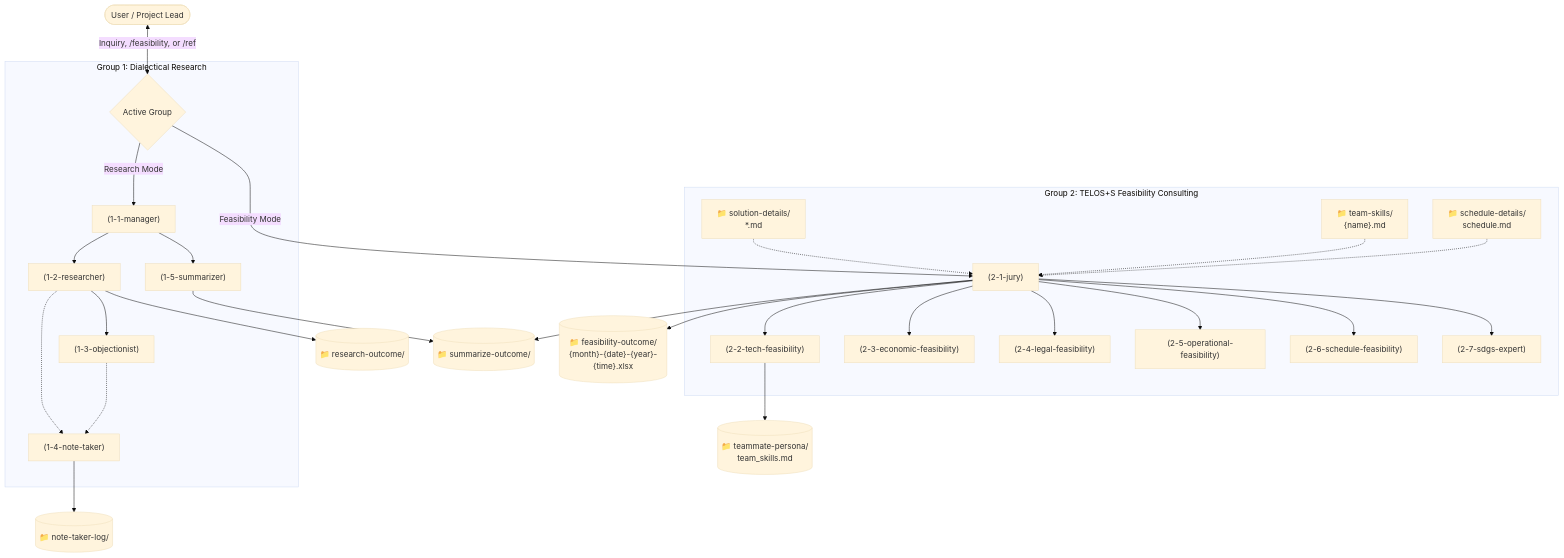
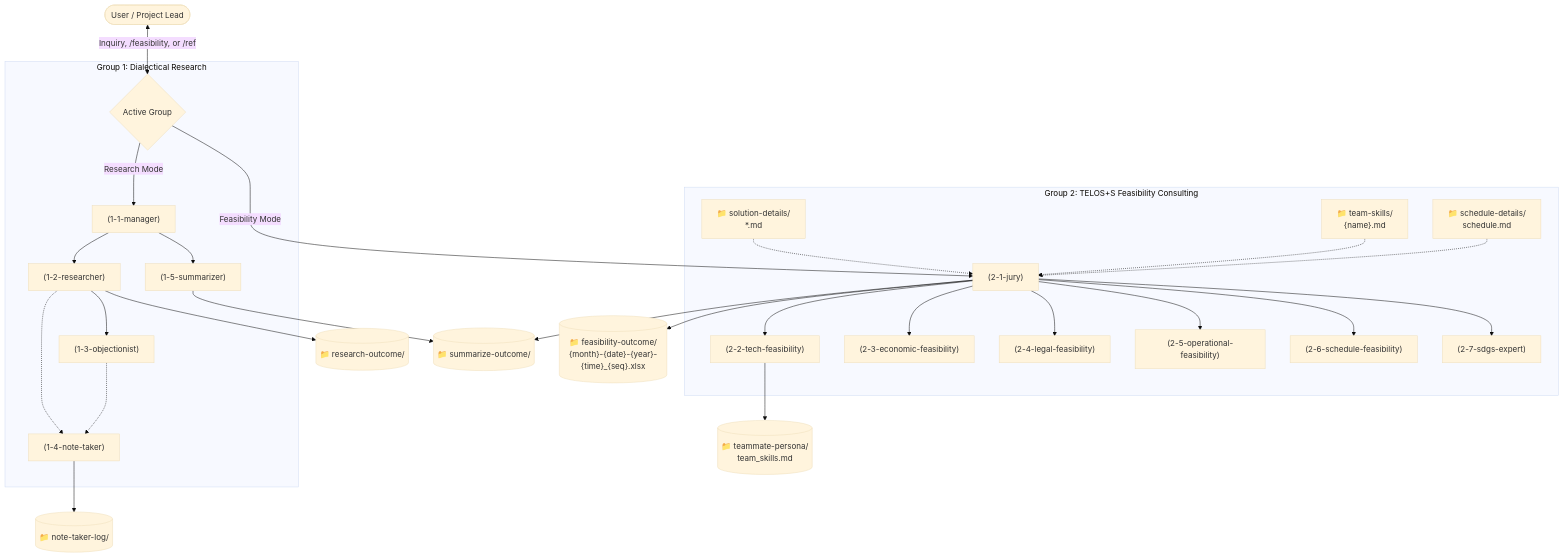
The diagram in README.md (thuxrife/FRA362-custom-research-ai-agent-cli), drawn with Mermaid (base theme) before and after one commit. The commit also changed other lines of this file and 11 other files, not shown here.

````diff
--- a/README.md
+++ b/README.md
@@ -11,31 +11,31 @@
 ```mermaid
 flowchart TD
     User([User / Project Lead]) <-->|Inquiry, /feasibility, or /ref| Lead{Active Group}
     
     subgraph Group 1: Dialectical Research
         Lead -->|Research Mode| M["(1-1-manager)"]
         M --> R["(1-2-researcher)"]
         R --> O["(1-3-objectionist)"]
         R & O -.-> NT["(1-4-note-taker)"]
         M --> S["(1-5-summarizer)"]
     end
     
     subgraph Group 2: TELOS+S Feasibility Consulting
         In1["📁 solution-details/<br>*.md"] -.-> J["(2-1-jury)"]
         In2["📁 team-skills/<br>{name}.md"] -.-> J
         In3["📁 schedule-details/<br>schedule.md"] -.-> J
         Lead -->|Feasibility Mode| J
         J --> T["(2-2-tech-feasibility)"]
         J --> E["(2-3-economic-feasibility)"]
         J --> L["(2-4-legal-feasibility)"]
         J --> OP["(2-5-operational-feasibility)"]
         J --> SCH["(2-6-schedule-feasibility)"]
         J --> SDG["(2-7-sdgs-expert)"]
     end
 
     NT --> D1[("📁 note-taker-log/")]
     R --> D2[("📁 research-outcome/")]
     S & J --> D3[("📁 summarize-outcome/")]
-    J --> D4[("📁 feasibility-outcome/<br>{month}-{date}-{year}-{time}.xlsx")]
+    J --> D4[("📁 feasibility-outcome/<br>{month}-{date}-{year}-{time}_{seq}.xlsx")]
     T --> D5[("📁 teammate-persona/<br>team_skills.md")]
 ```
````
